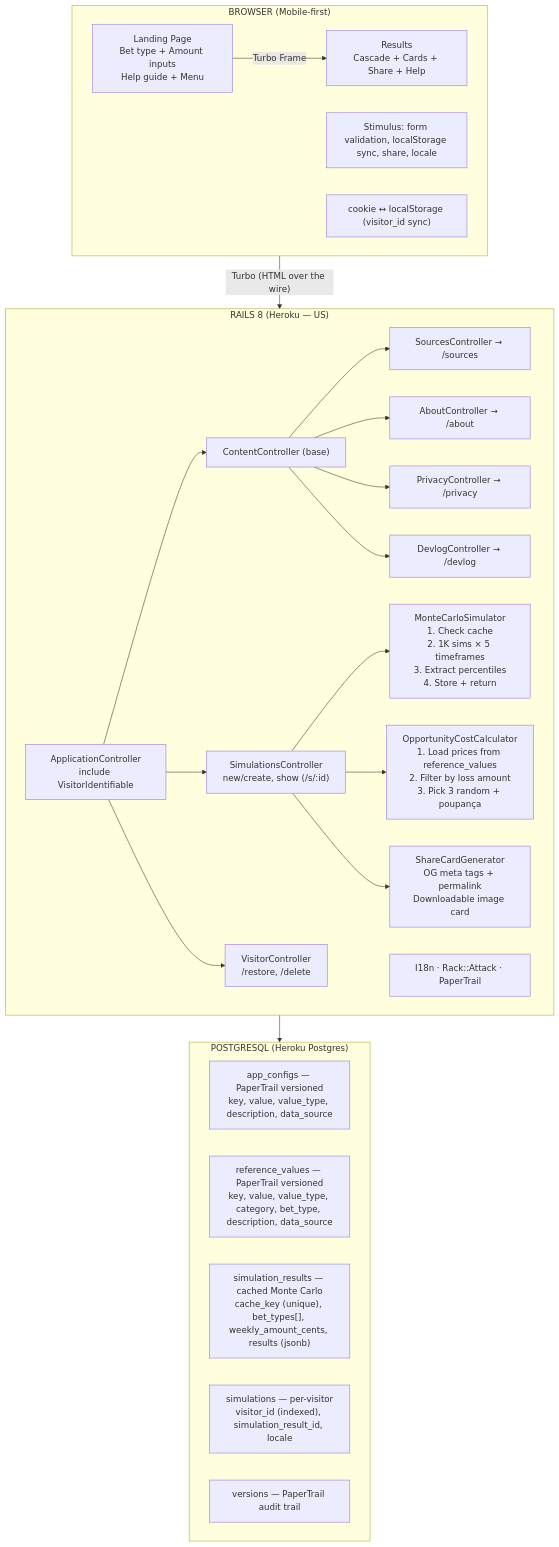
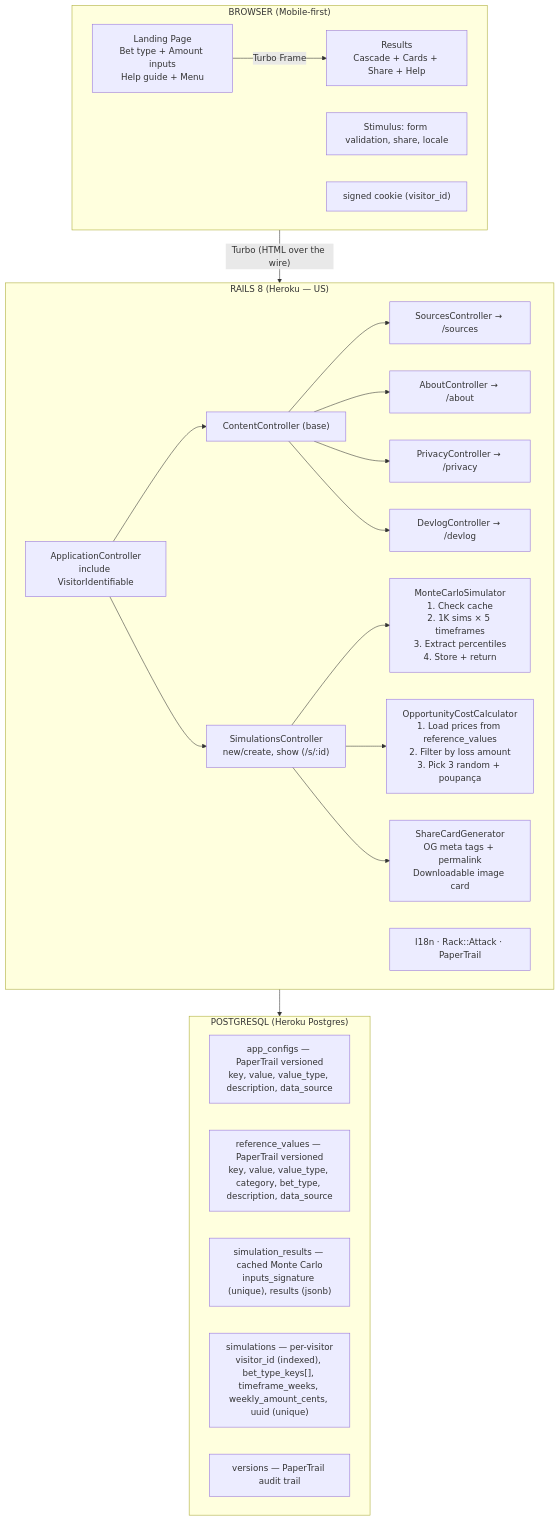
The diagram in docs/ARCHITECTURE.md (giobottesi/you-bet), drawn with Mermaid before and after one commit. The commit also changed other lines of this file and 4 other files, not shown here.

````diff
--- a/docs/ARCHITECTURE.md
+++ b/docs/ARCHITECTURE.md
@@ -24,39 +24,37 @@
 ```mermaid
 graph TD
     subgraph BROWSER ["BROWSER (Mobile-first)"]
         LP["Landing Page\nBet type + Amount inputs\nHelp guide + Menu"]
         LP -->|Turbo Frame| RES["Results\nCascade + Cards + Share + Help"]
-        STIM["Stimulus: form validation, localStorage sync, share, locale"]
-        COOKIE["cookie ↔ localStorage (visitor_id sync)"]
+        STIM["Stimulus: form validation, share, locale"]
+        COOKIE["signed cookie (visitor_id)"]
     end
 
     BROWSER -->|"Turbo (HTML over the wire)"| RAILS
 
     subgraph RAILS ["RAILS 8 (Heroku — US)"]
         AC["ApplicationController\ninclude VisitorIdentifiable"]
         AC --> SC["SimulationsController\nnew/create, show (/s/:id)"]
         AC --> CC["ContentController (base)"]
-        AC --> VC["VisitorController\n/restore, /delete"]
-
         CC --> SRC["SourcesController → /sources"]
         CC --> ABT["AboutController → /about"]
         CC --> PRV["PrivacyController → /privacy"]
         CC --> DIA["DevlogController → /devlog"]
 
         SC --> MCS["MonteCarloSimulator\n1. Check cache\n2. 1K sims × 5 timeframes\n3. Extract percentiles\n4. Store + return"]
         SC --> OCC["OpportunityCostCalculator\n1. Load prices from reference_values\n2. Filter by loss amount\n3. Pick 3 random + poupança"]
         SC --> SCG["ShareCardGenerator\nOG meta tags + permalink\nDownloadable image card"]
 
         INFRA["I18n · Rack::Attack · PaperTrail"]
     end
 
     RAILS --> DB
 
     subgraph DB ["POSTGRESQL (Heroku Postgres)"]
         T1["app_configs — PaperTrail versioned\nkey, value, value_type, description, data_source"]
         T2["reference_values — PaperTrail versioned\nkey, value, value_type, category, bet_type, description, data_source"]
-        T3["simulation_results — cached Monte Carlo\ncache_key (unique), bet_types[], weekly_amount_cents, results (jsonb)"]
-        T4["simulations — per-visitor\nvisitor_id (indexed), simulation_result_id, locale"]
+        T3["simulation_results — cached Monte Carlo\ninputs_signature (unique), results (jsonb)"]
+        T4["simulations — per-visitor\nvisitor_id (indexed), bet_type_keys[], timeframe_weeks, weekly_amount_cents, uuid (unique)"]
         T5["versions — PaperTrail audit trail"]
     end
 ```
````
